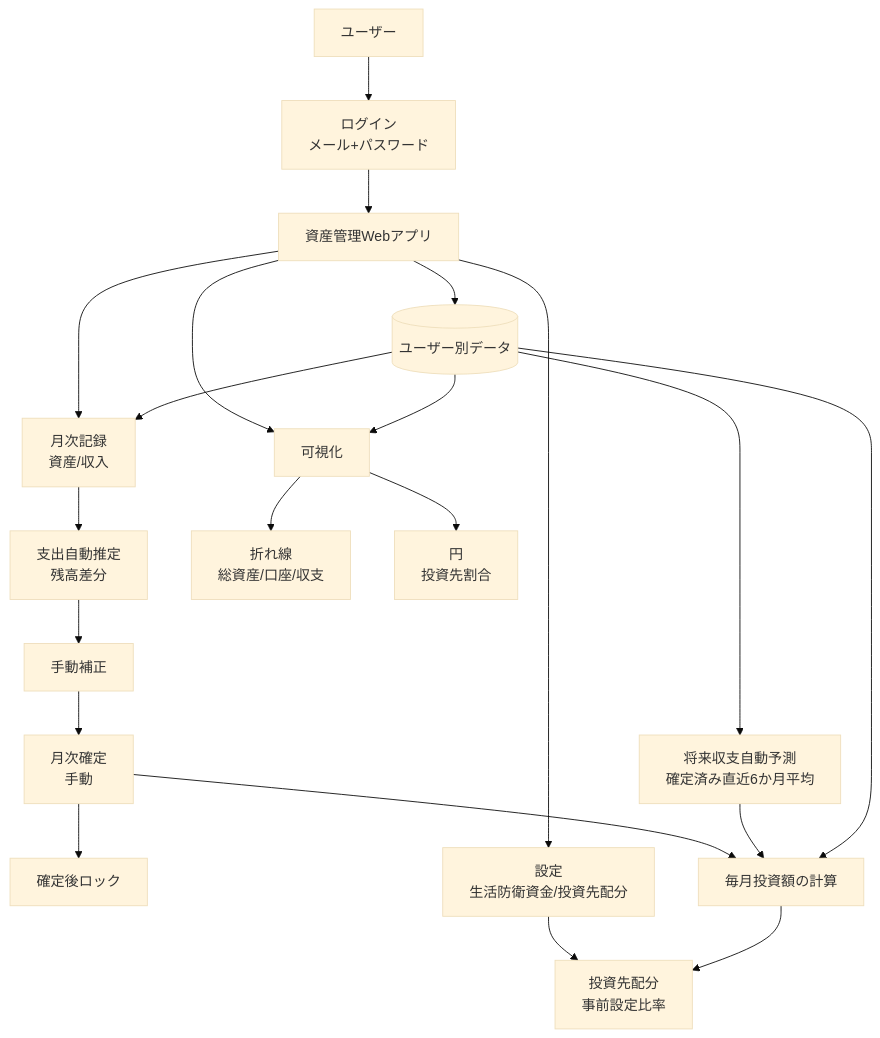
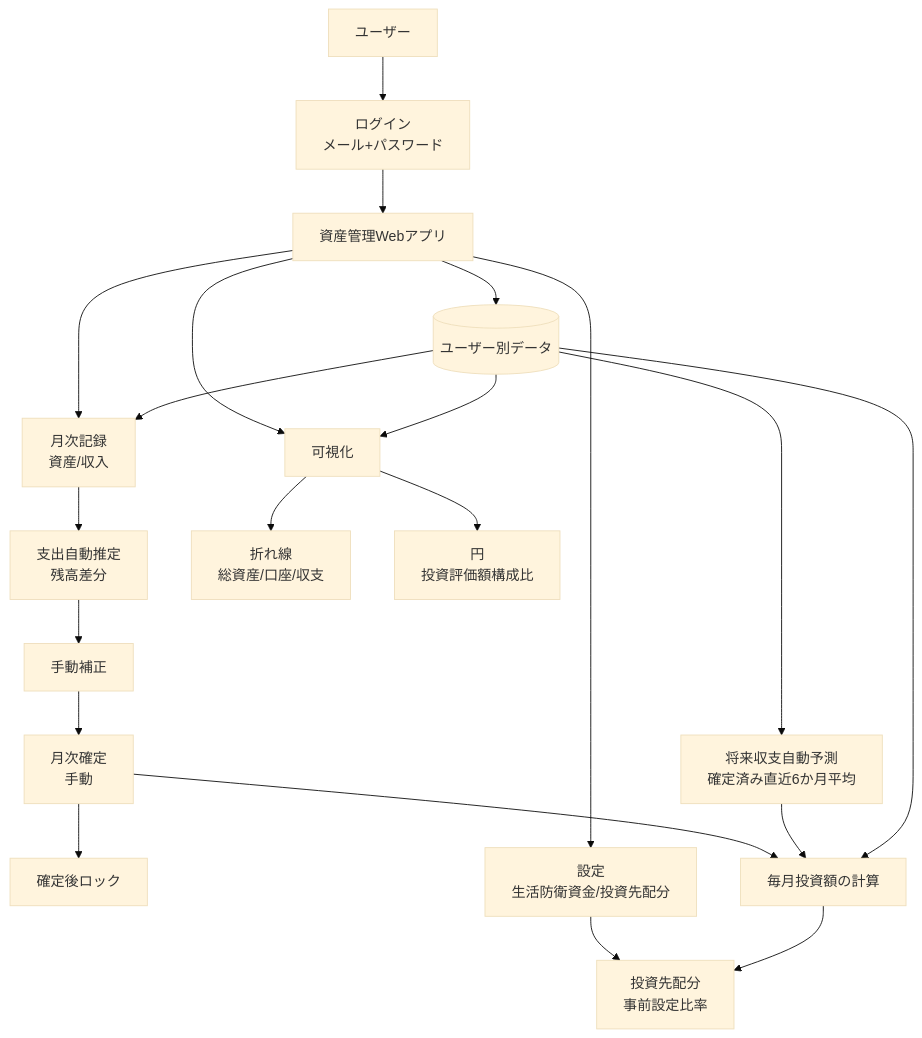
Before and after one commit to ogihaya/asset-management-ver3: the diagram in docs/requirements/public/OVERVIEW.md, drawn with Mermaid (base theme). The commit also changed other lines of this file and 2 other files, not shown here.

````diff
--- a/docs/requirements/public/OVERVIEW.md
+++ b/docs/requirements/public/OVERVIEW.md
@@ -29,23 +29,23 @@
 ```mermaid
 graph TD
     U[ユーザー] --> L[ログイン<br/>メール+パスワード]
     L --> A[資産管理Webアプリ]
     A --> D[(ユーザー別データ)]
     A --> R[月次記録<br/>資産/収入]
     R --> E[支出自動推定<br/>残高差分]
     E --> M[手動補正]
     M --> C[月次確定<br/>手動]
     C --> K[確定後ロック]
     C --> I[毎月投資額の計算]
     A --> S[設定<br/>生活防衛資金/投資先配分]
     D --> F[将来収支自動予測<br/>確定済み直近6か月平均]
     F --> I
     S --> P[投資先配分<br/>事前設定比率]
     I --> P
     A --> V[可視化]
     V --> G1[折れ線<br/>総資産/口座/収支]
-    V --> G2[円<br/>投資先割合]
+    V --> G2[円<br/>投資評価額構成比]
     D --> R
     D --> I
     D --> V
 ```
````
